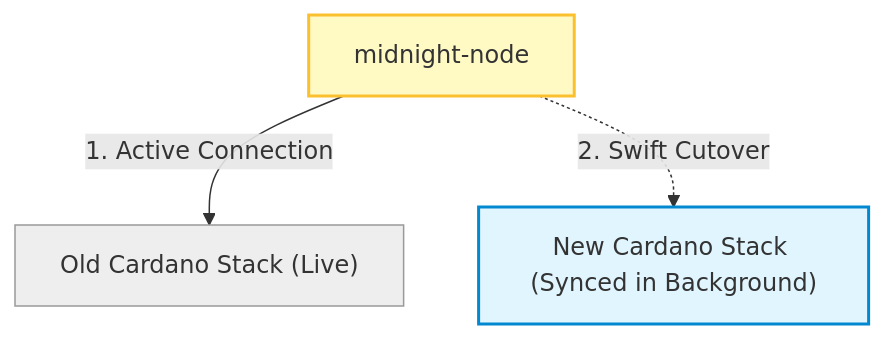
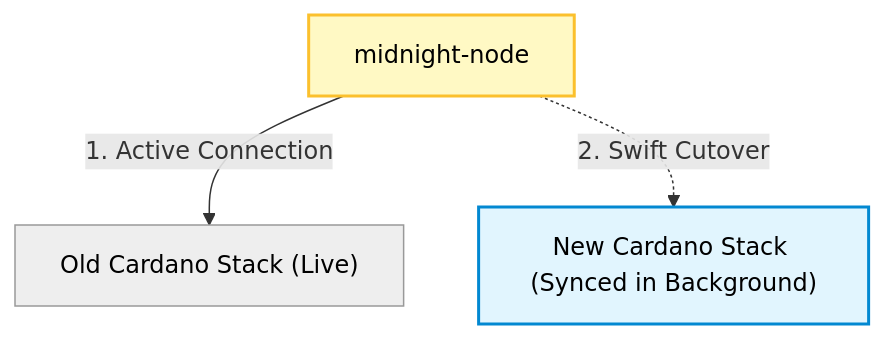
Before and after one commit to midnightntwrk/midnight-docs: the second of 2 diagrams in blog/2026-05-20-navigating-van-rossem-hard-fork.mdx, drawn with Mermaid. The commit also changed other lines of this file, not shown here.

Commit message:
Fix dark mode contrast in the Van Rossem post's diagrams
Add color:#000 to the five styled Mermaid nodes so their labels stay
readable on the light fills in dark mode, as #924 did for two other pages.

````diff
--- a/blog/2026-05-20-navigating-van-rossem-hard-fork.mdx
+++ b/blog/2026-05-20-navigating-van-rossem-hard-fork.mdx
@@ -51,9 +51,9 @@
 ```mermaid
 flowchart TD
     M["midnight-node"] -->|1. Active Connection| Old["Old Cardano Stack (Live)"]
     M -.->|2. Swift Cutover| New["New Cardano Stack (Synced in Background)"]
 
-    style Old fill:#eee,stroke:#999
-    style New fill:#e1f5fe,stroke:#0288d1,stroke-width:2px
-    style M fill:#fff9c4,stroke:#fbc02d,stroke-width:2px
+    style Old fill:#eee,stroke:#999,color:#000
+    style New fill:#e1f5fe,stroke:#0288d1,stroke-width:2px,color:#000
+    style M fill:#fff9c4,stroke:#fbc02d,stroke-width:2px,color:#000
 ```
````
